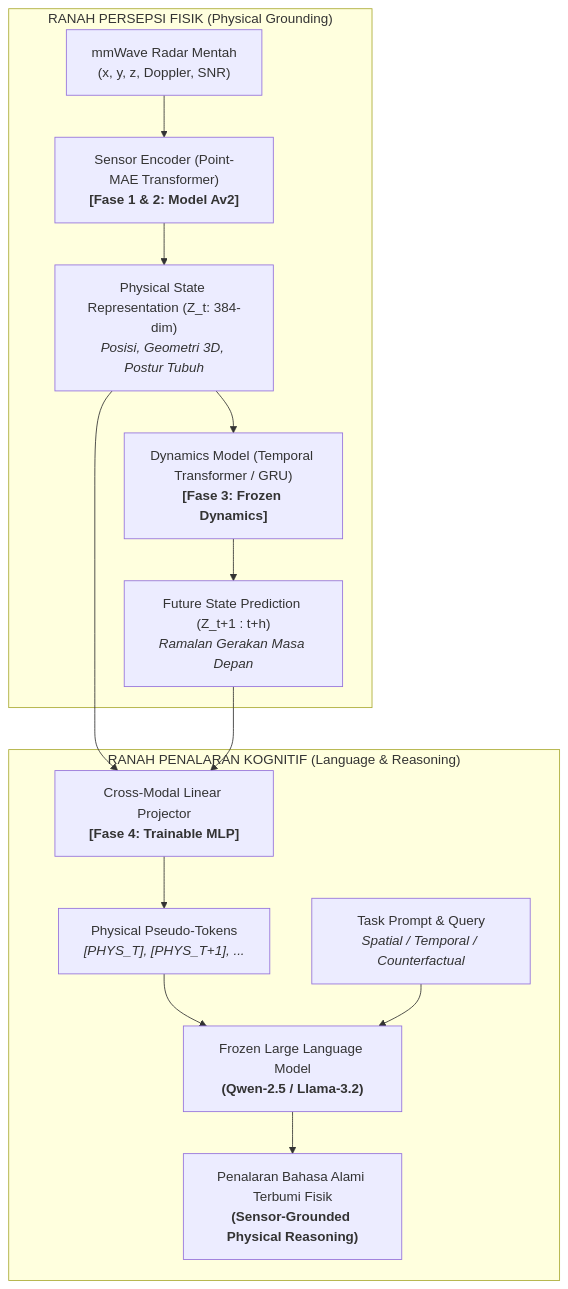
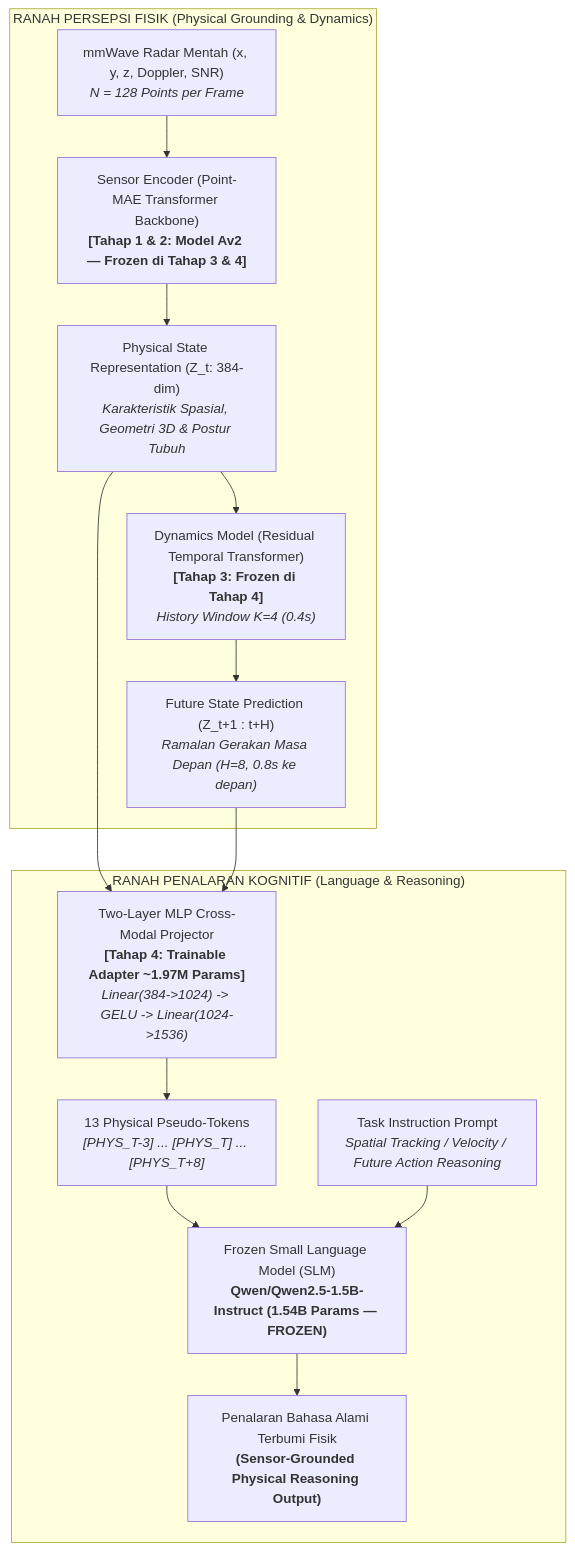
Before and after one commit to rfirmn/Learning-Physical-State-Representations-for-Sensor-Grounded-Reasoning-and-Future-State-Prediction: the diagram in README.md, drawn with Mermaid. The commit also changed other lines of this file and 17 other files, not shown here.

Commit message:
feat(stage-4): implement cross-modal SLM projector, grounded QA generator, reasoning benchmarks, and update documentation

````diff
--- a/README.md
+++ b/README.md
@@ -17,27 +18,27 @@
 ```mermaid
 flowchart TD
-    subgraph RF["RANAH PERSEPSI FISIK (Physical Grounding)"]
-        Raw["mmWave Radar Mentah<br/>(x, y, z, Doppler, SNR)"]
-        Enc["Sensor Encoder (Point-MAE Transformer)<br/><b>[Fase 1 & 2: Model Av2]</b>"]
-        Zt["Physical State Representation (Z_t: 384-dim)<br/><i>Posisi, Geometri 3D, Postur Tubuh</i>"]
-        Dyn["Dynamics Model (Temporal Transformer / GRU)<br/><b>[Fase 3: Frozen Dynamics]</b>"]
-        Future["Future State Prediction (Z_t+1 : t+h)<br/><i>Ramalan Gerakan Masa Depan</i>"]
+    subgraph RF["RANAH PERSEPSI FISIK (Physical Grounding & Dynamics)"]
+        Raw["mmWave Radar Mentah (x, y, z, Doppler, SNR)<br/><i>N = 128 Points per Frame</i>"]
+        Enc["Sensor Encoder (Point-MAE Transformer Backbone)<br/><b>[Tahap 1 & 2: Model Av2 — Frozen di Tahap 3 & 4]</b>"]
+        Zt["Physical State Representation (Z_t: 384-dim)<br/><i>Karakteristik Spasial, Geometri 3D & Postur Tubuh</i>"]
+        Dyn["Dynamics Model (Residual Temporal Transformer)<br/><b>[Tahap 3: Frozen di Tahap 4]</b><br/><i>History Window K=4 (0.4s)</i>"]
+        Future["Future State Prediction (Z_t+1 : t+H)<br/><i>Ramalan Gerakan Masa Depan (H=8, 0.8s ke depan)</i>"]
     end
 
     subgraph RK["RANAH PENALARAN KOGNITIF (Language & Reasoning)"]
-        MLP["Cross-Modal Linear Projector<br/><b>[Fase 4: Trainable MLP]</b>"]
-        Tokens["Physical Pseudo-Tokens<br/><i>[PHYS_T], [PHYS_T+1], ...</i>"]
-        LLM["Frozen Large Language Model<br/><b>(Qwen-2.5 / Llama-3.2)</b>"]
-        Prompt["Task Prompt & Query<br/><i>Spatial / Temporal / Counterfactual</i>"]
-        Output["Penalaran Bahasa Alami Terbumi Fisik<br/><b>(Sensor-Grounded Physical Reasoning)</b>"]
+        MLP["Two-Layer MLP Cross-Modal Projector<br/><b>[Tahap 4: Trainable Adapter ~1.97M Params]</b><br/><i>Linear(384->1024) -> GELU -> Linear(1024->1536)</i>"]
+        Tokens["13 Physical Pseudo-Tokens<br/><i>[PHYS_T-3] ... [PHYS_T] ... [PHYS_T+8]</i>"]
+        LLM["Frozen Small Language Model (SLM)<br/><b>Qwen/Qwen2.5-1.5B-Instruct (1.54B Params — FROZEN)</b>"]
+        Prompt["Task Instruction Prompt<br/><i>Spatial Tracking / Velocity / Future Action Reasoning</i>"]
+        Output["Penalaran Bahasa Alami Terbumi Fisik<br/><b>(Sensor-Grounded Physical Reasoning Output)</b>"]
     end
 
     Raw --> Enc --> Zt
     Zt --> Dyn --> Future
     Zt --> MLP
     Future --> MLP
     MLP --> Tokens
     Tokens --> LLM
     Prompt --> LLM
     LLM --> Output
 ```
````
